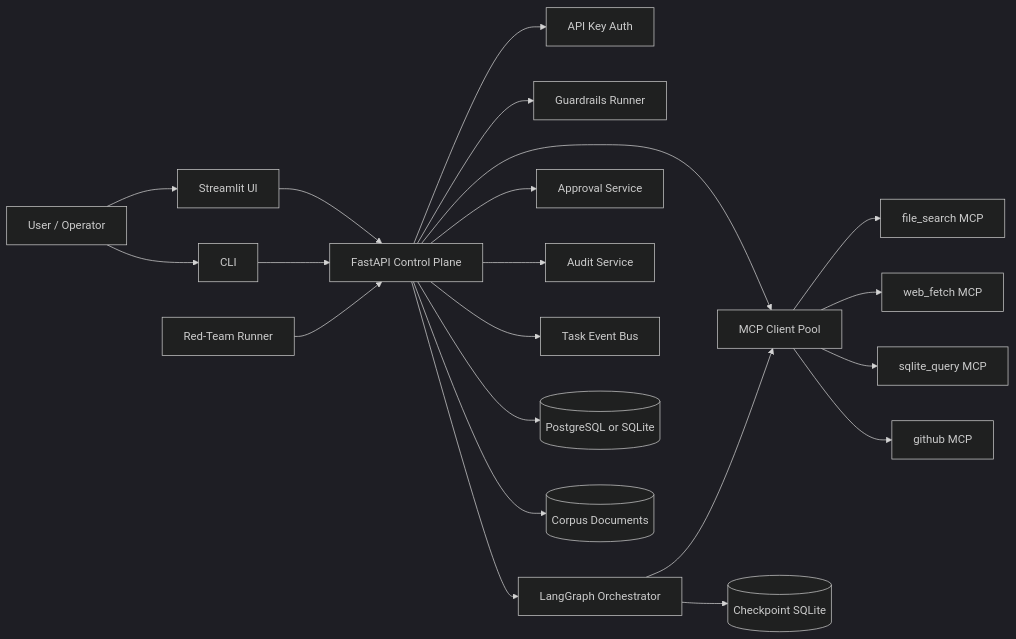
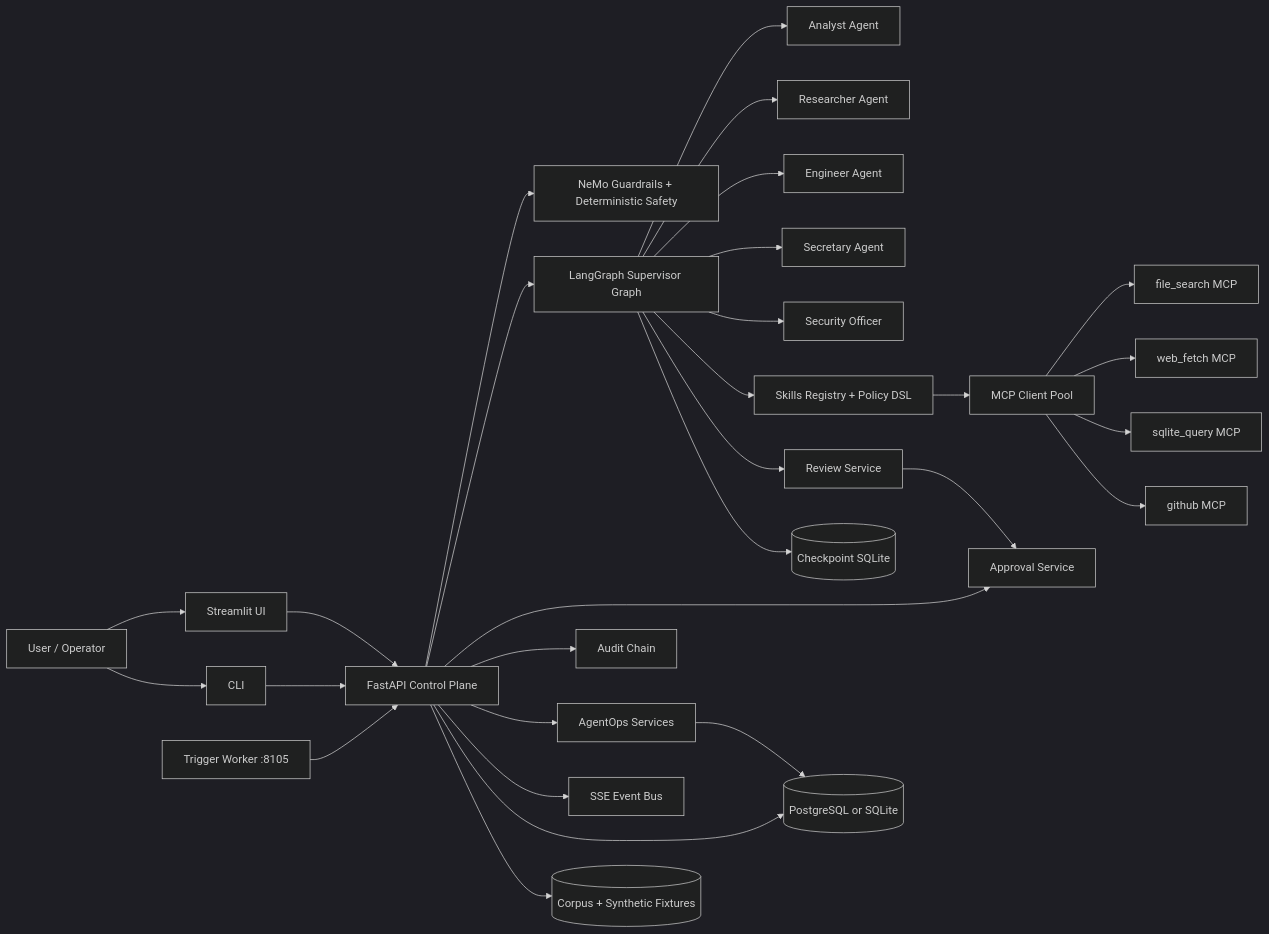
The first of 5 diagrams in README.md (Mehulupase01/AgentForge-Multi-Tool-Agent-with-MCP--NeMo-Guardrails---Audit-Logging), drawn with Mermaid (dark theme) before and after one commit. The commit also changed other lines of this file, not shown here.

````diff
--- a/README.md
+++ b/README.md
@@ -156,43 +113,58 @@
 ```mermaid
 flowchart LR
     User[User / Operator]
     UI[Streamlit UI]
     CLI[CLI]
     API[FastAPI Control Plane]
-    Auth[API Key Auth]
-    Guardrails[Guardrails Runner]
-    Orchestrator[LangGraph Orchestrator]
-    Approvals[Approval Service]
-    Audit[Audit Service]
-    EventBus[Task Event Bus]
+    Guardrails[NeMo Guardrails + Deterministic Safety]
+    Supervisor[LangGraph Supervisor Graph]
+    Analyst[Analyst Agent]
+    Researcher[Researcher Agent]
+    Engineer[Engineer Agent]
+    Secretary[Secretary Agent]
+    Security[Security Officer]
+    Skills[Skills Registry + Policy DSL]
     MCPPool[MCP Client Pool]
     FS[file_search MCP]
     WF[web_fetch MCP]
     SQ[sqlite_query MCP]
     GH[github MCP]
+    Review[Review Service]
+    Approvals[Approval Service]
+    Audit[Audit Chain]
+    Events[SSE Event Bus]
+    Obs[AgentOps Services]
+    TriggerWorker[Trigger Worker :8105]
     DB[(PostgreSQL or SQLite)]
     Checkpoints[(Checkpoint SQLite)]
-    Corpus[(Corpus Documents)]
-    Redteam[Red-Team Runner]
+    Corpus[(Corpus + Synthetic Fixtures)]
 
     User --> UI
     User --> CLI
     UI --> API
     CLI --> API
-    API --> Auth
+    TriggerWorker --> API
     API --> Guardrails
-    API --> Orchestrator
+    API --> Supervisor
     API --> Approvals
     API --> Audit
-    API --> EventBus
-    API --> MCPPool
+    API --> Obs
+    API --> Events
     API --> DB
-    Orchestrator --> Checkpoints
-    Orchestrator --> MCPPool
+    API --> Corpus
+    Supervisor --> Analyst
+    Supervisor --> Researcher
+    Supervisor --> Engineer
+    Supervisor --> Secretary
+    Supervisor --> Security
+    Supervisor --> Skills
+    Supervisor --> Review
+    Supervisor --> Checkpoints
+    Skills --> MCPPool
     MCPPool --> FS
     MCPPool --> WF
     MCPPool --> SQ
     MCPPool --> GH
-    API --> Corpus
-    Redteam --> API
+    Review --> Approvals
+    Obs --> DB
 ```
````
